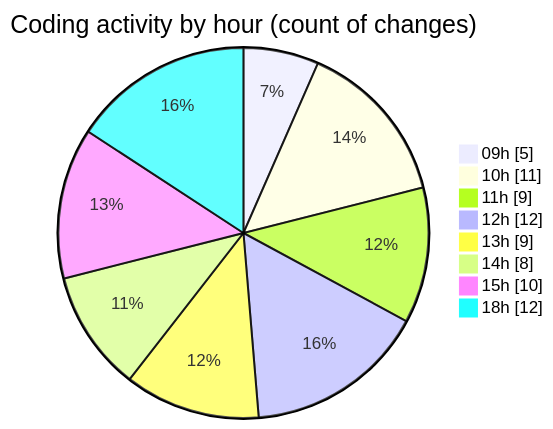
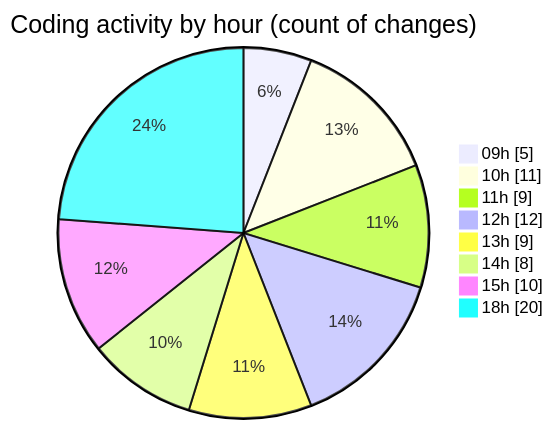
Before and after one commit to momahboobian/code-tracking: the second of 2 diagrams in 2025-03-11/cda/README.md, drawn with Mermaid. The commit also changed other lines of this file and 1 other file, not shown here.

````diff
--- a/2025-03-11/cda/README.md
+++ b/2025-03-11/cda/README.md
@@ -46,12 +46,12 @@
 ```mermaid
 pie showData
 title Coding activity by hour (count of changes)
 "09h" : 5
 "10h" : 11
 "11h" : 9
 "12h" : 12
 "13h" : 9
 "14h" : 8
 "15h" : 10
-"18h" : 12
+"18h" : 20
 ```
````
